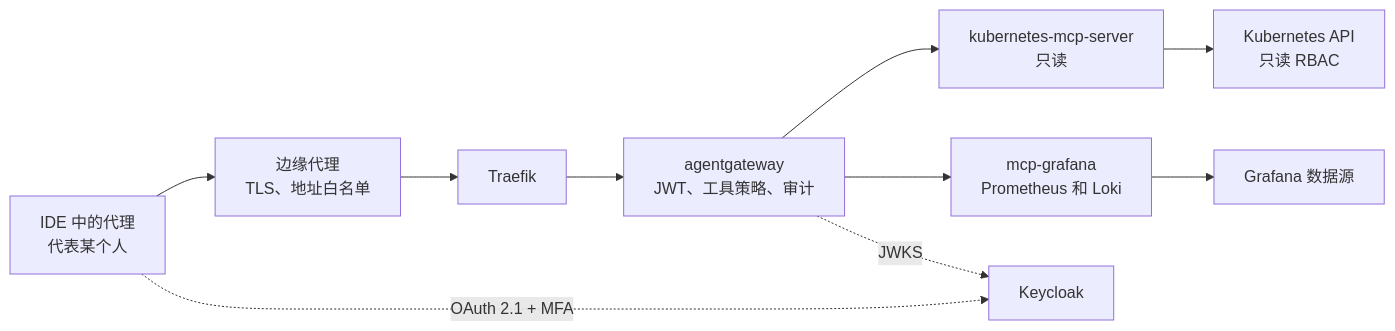
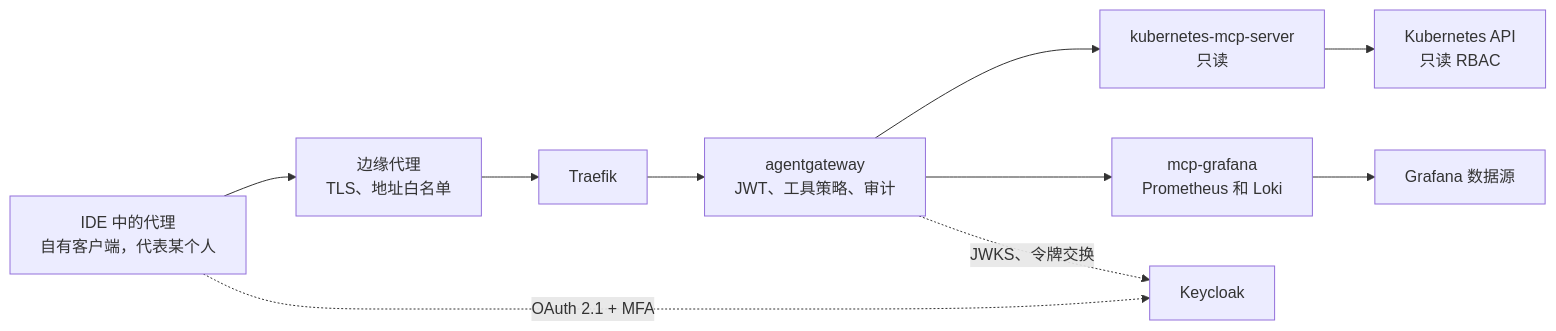
One commit to mess-systems/blueprints changed the diagram in obs-mcp-readonly/README.zh-CN.md. Above: the diagram before and after it, drawn with Mermaid. The commit also changed other lines of this file and 3 other files, not shown here.

````diff
--- a/obs-mcp-readonly/README.zh-CN.md
+++ b/obs-mcp-readonly/README.zh-CN.md
@@ -37,12 +37,12 @@
 ```mermaid
 flowchart LR
-  A[IDE 中的代理<br/>代表某个人] --> P[边缘代理<br/>TLS、地址白名单]
+  A[IDE 中的代理<br/>自有客户端，代表某个人] --> P[边缘代理<br/>TLS、地址白名单]
   P --> T[Traefik]
   T --> G[agentgateway<br/>JWT、工具策略、审计]
   G --> K[kubernetes-mcp-server<br/>只读]
   G --> M[mcp-grafana<br/>Prometheus 和 Loki]
   K --> API[Kubernetes API<br/>只读 RBAC]
   M --> GF[Grafana 数据源]
   A -.->|"OAuth 2.1 + MFA"| IdP[Keycloak]
-  G -.->|JWKS| IdP
+  G -.->|"JWKS、令牌交换"| IdP
 ```
````
